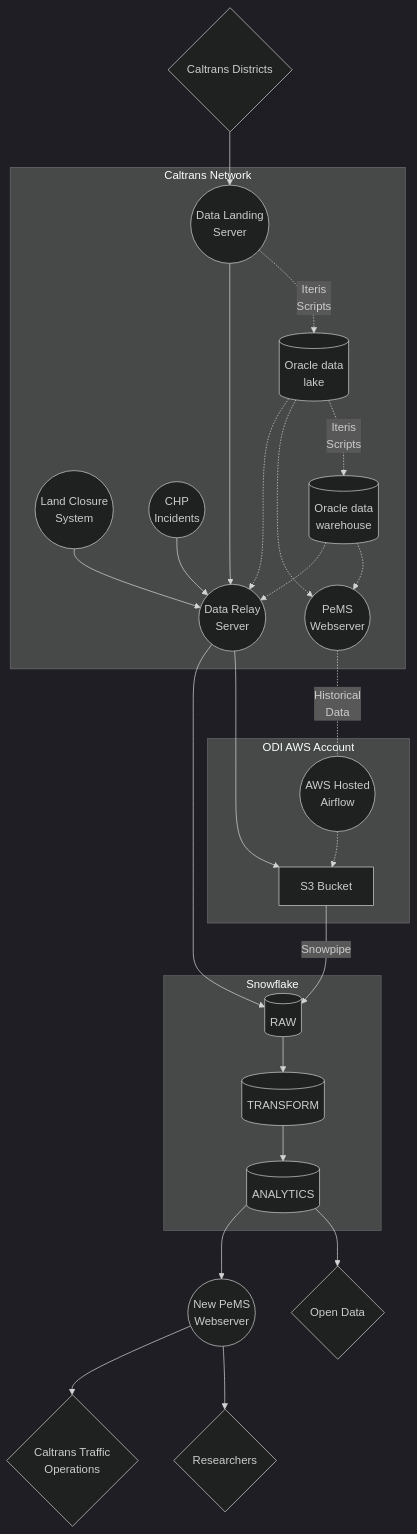
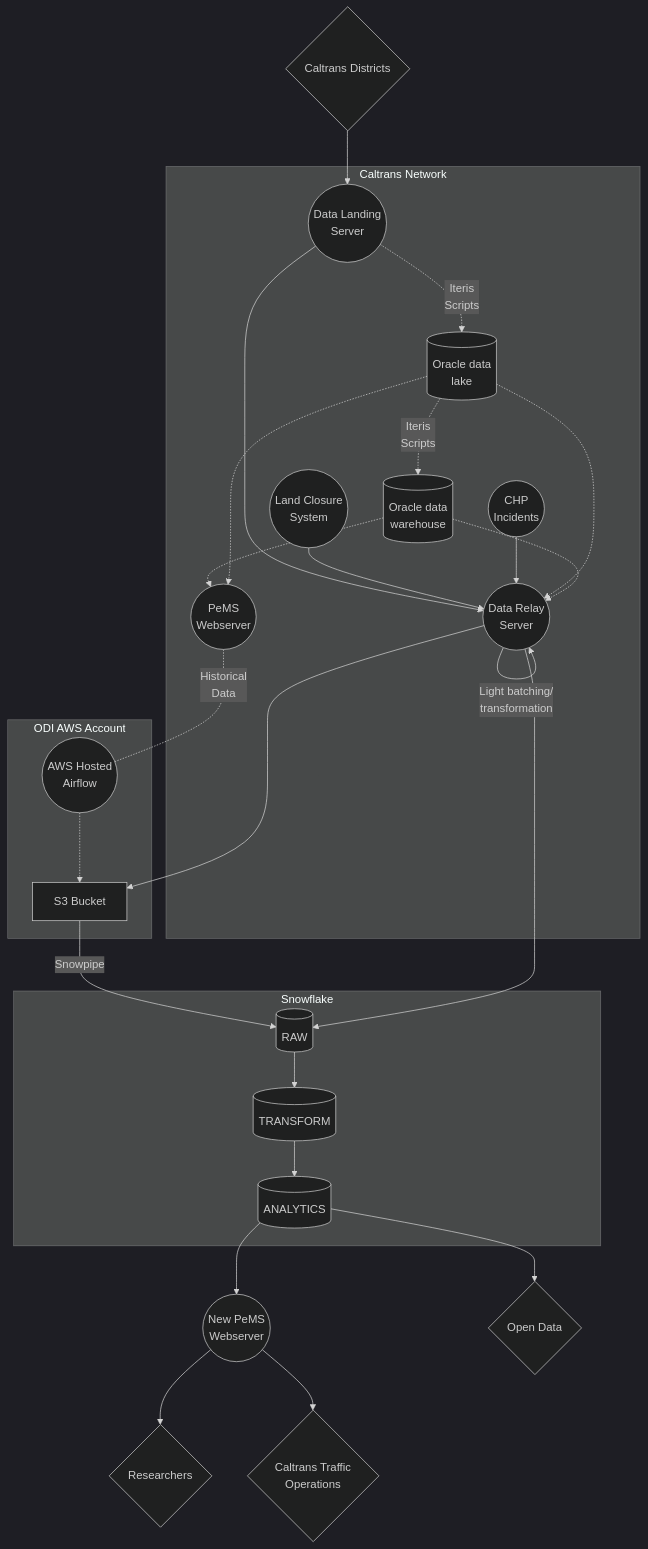
Before and after one commit to cagov/caldata-mdsa-caltrans-pems: the diagram in docs/data-loading.md, drawn with Mermaid (dark theme).

Commit message:
Indicate some light batching and transformation in the data relay server

````diff
--- a/docs/data-loading.md
+++ b/docs/data-loading.md
@@ -20,50 +20,50 @@
 ```mermaid
-
 flowchart TB
 CD{Caltrans Districts}
 subgraph Caltrans Network
   LCS((Land Closure\nSystem))
   CHP((CHP\nIncidents))
   L((Data Landing\nServer))
   DR((Data Relay\nServer))
   C((PeMS\nWebserver))
   OD[(Oracle data\nlake)]
   OW[(Oracle data\nwarehouse)]
 end
 subgraph ODI AWS Account
     MWAA((AWS Hosted\nAirflow))
     S3[S3 Bucket]
 end
 subgraph Snowflake
     RAW[(RAW)]
     TRANSFORM[(TRANSFORM)]
     ANALYTICS[(ANALYTICS)]
 end
 
 NC((New PeMS\nWebserver))
 
 OP{Open Data}
 RESEARCH{Researchers}
 STAFF{Caltrans Traffic\nOperations}
 
 CD --> L
 C -. Historical\nData .- MWAA -.-> S3
 L -. Iteris\nScripts .-> OD
 OD -. Iteris\nScripts .-> OW
 S3 -- Snowpipe --> RAW
 OW -.-> C
 OD -.-> C
 L --> DR
 DR --> S3
+DR -- Light batching/\ntransformation --> DR
 RAW --> TRANSFORM --> ANALYTICS
 LCS --> DR
 CHP --> DR
 DR --> RAW
 OD -.-> DR
 OW -.-> DR
 
 ANALYTICS --> OP
 ANALYTICS --> NC
 NC --> RESEARCH
 NC --> STAFF
 ```
````
